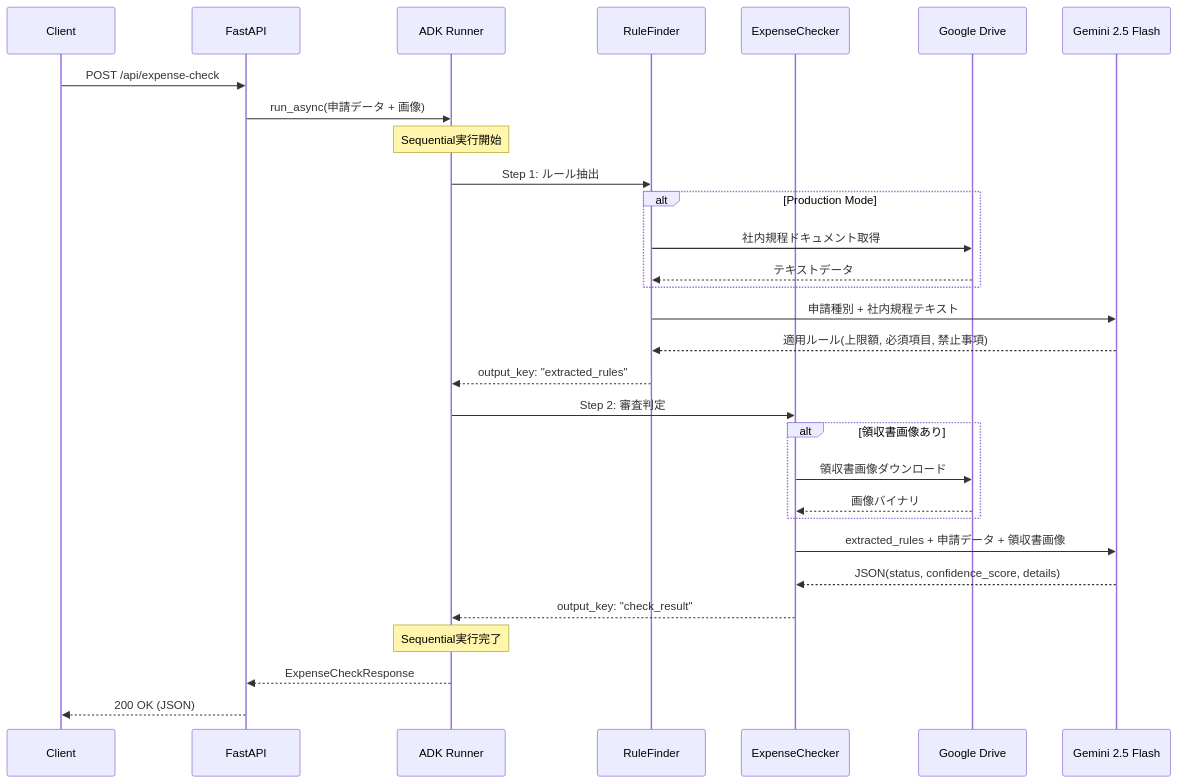
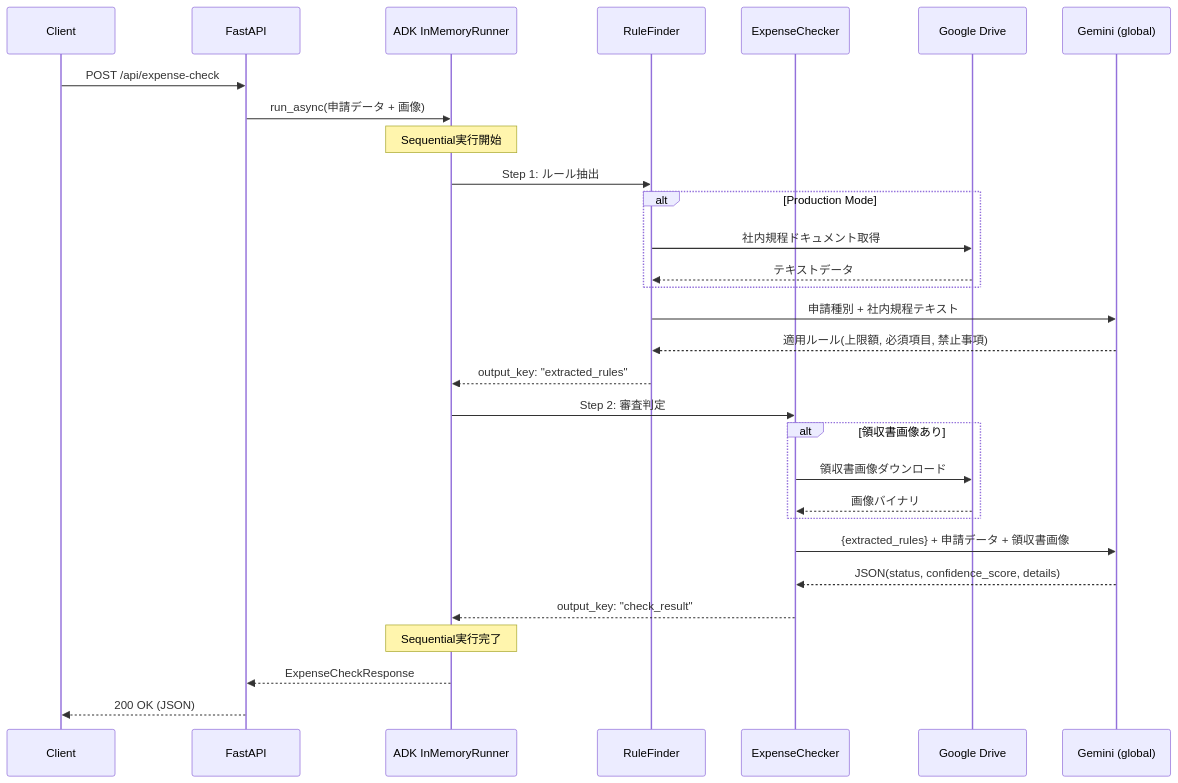
Before and after one commit to snickerjp/expense-agent-workflow: the second of 2 diagrams in README.md, drawn with Mermaid. The commit also changed other lines of this file, not shown here.

````diff
--- a/README.md
+++ b/README.md
@@ -58,38 +61,38 @@
 ```mermaid
 sequenceDiagram
     participant Client
     participant FastAPI
-    participant Runner as ADK Runner
+    participant Runner as ADK InMemoryRunner
     participant RF as RuleFinder
     participant EC as ExpenseChecker
     participant Drive as Google Drive
-    participant LLM as Gemini 2.5 Flash
+    participant LLM as Gemini (global)
 
     Client->>FastAPI: POST /api/expense-check
     FastAPI->>Runner: run_async(申請データ + 画像)
-    
+
     Note over Runner: Sequential実行開始
 
     Runner->>RF: Step 1: ルール抽出
     alt Production Mode
         RF->>Drive: 社内規程ドキュメント取得
         Drive-->>RF: テキストデータ
     end
     RF->>LLM: 申請種別 + 社内規程テキスト
     LLM-->>RF: 適用ルール(上限額, 必須項目, 禁止事項)
     RF-->>Runner: output_key: "extracted_rules"
 
     Runner->>EC: Step 2: 審査判定
     alt 領収書画像あり
         EC->>Drive: 領収書画像ダウンロード
         Drive-->>EC: 画像バイナリ
     end
-    EC->>LLM: extracted_rules + 申請データ + 領収書画像
+    EC->>LLM: {extracted_rules} + 申請データ + 領収書画像
     LLM-->>EC: JSON(status, confidence_score, details)
     EC-->>Runner: output_key: "check_result"
 
     Note over Runner: Sequential実行完了
 
     Runner-->>FastAPI: ExpenseCheckResponse
     FastAPI-->>Client: 200 OK (JSON)
 ```
````
